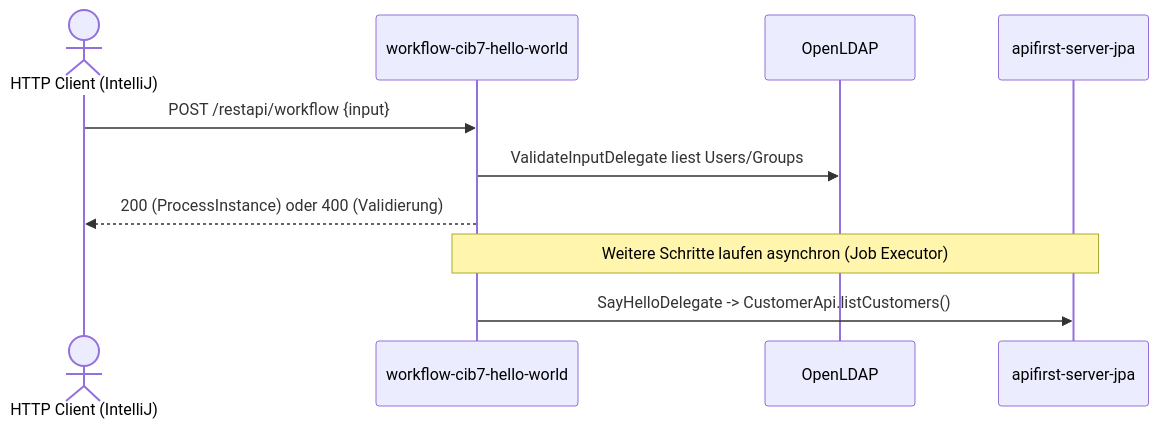
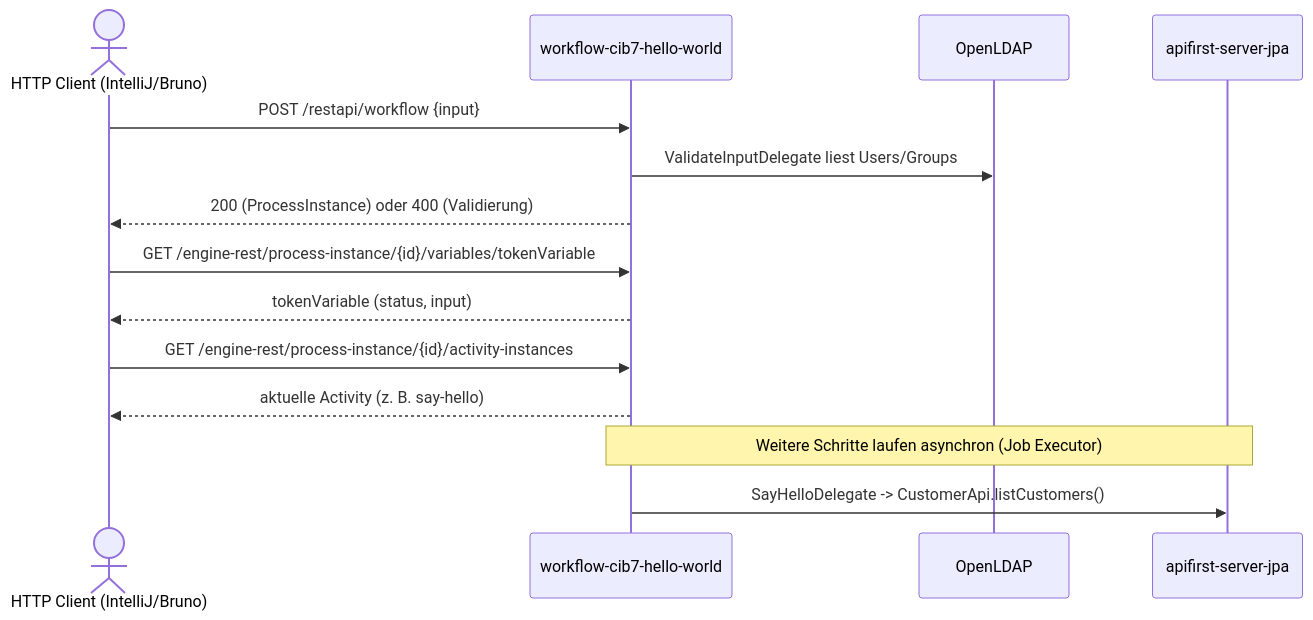
One commit to dboeckli/workflow-cib7-hello-world changed the diagram in httprequest/restapi/workflow-flow/workflow-flow.md. Above: the diagram before and after it, drawn with Mermaid. The commit also changed other lines of this file and 16 other files, not shown here.

First line of the commit message:
test(http): verify token position via camunda api

````diff
--- a/httprequest/restapi/workflow-flow/workflow-flow.md
+++ b/httprequest/restapi/workflow-flow/workflow-flow.md
@@ -13,14 +17,20 @@
 ```mermaid
 sequenceDiagram
-    actor C as HTTP Client (IntelliJ)
+    actor C as HTTP Client (IntelliJ/Bruno)
     participant APP as workflow-cib7-hello-world
     participant LDAP as OpenLDAP
     participant API as apifirst-server-jpa
 
     C->>APP: POST /restapi/workflow {input}
     APP->>LDAP: ValidateInputDelegate liest Users/Groups
     APP-->>C: 200 (ProcessInstance) oder 400 (Validierung)
 
+    C->>APP: GET /engine-rest/process-instance/{id}/variables/tokenVariable
+    APP-->>C: tokenVariable (status, input)
+
+    C->>APP: GET /engine-rest/process-instance/{id}/activity-instances
+    APP-->>C: aktuelle Activity (z. B. say-hello)
+
     Note over APP,API: Weitere Schritte laufen asynchron (Job Executor)
     APP->>API: SayHelloDelegate -> CustomerApi.listCustomers()
 ```
````
